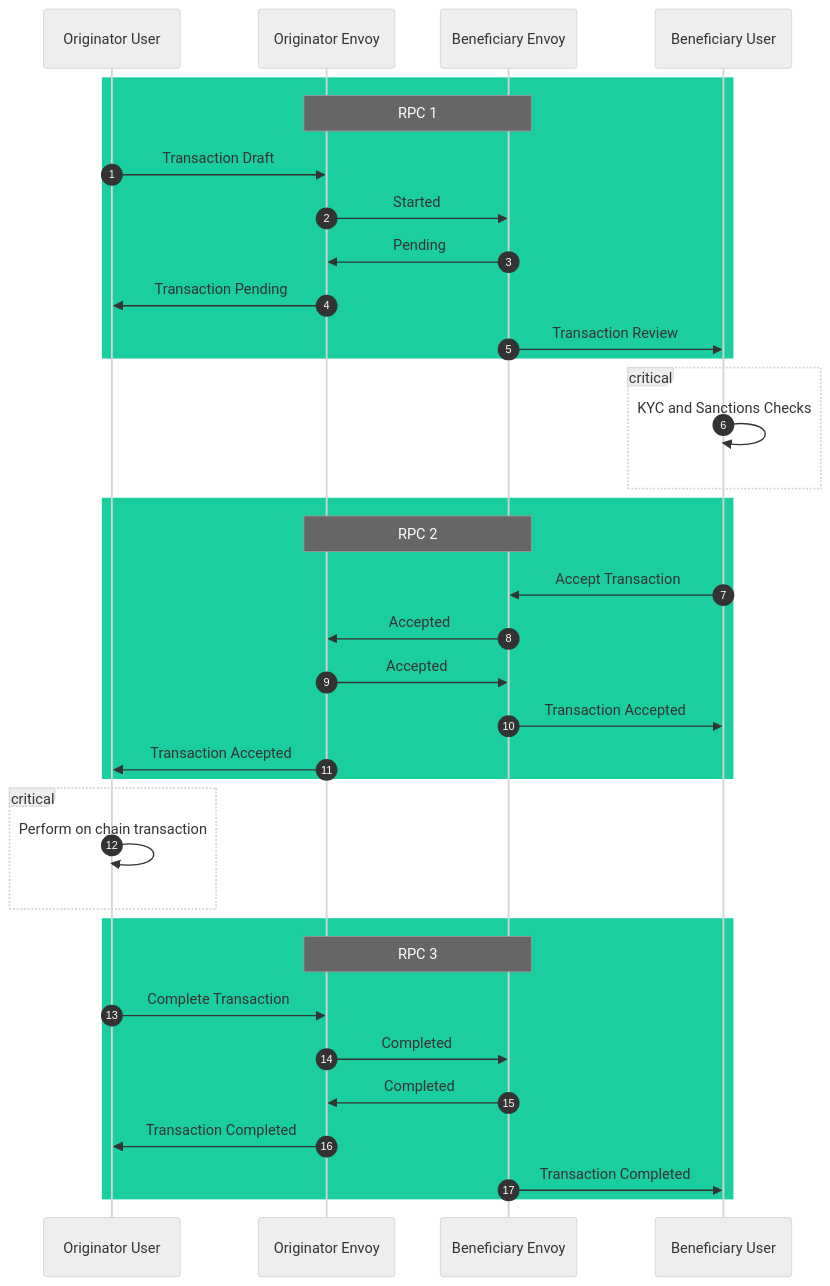
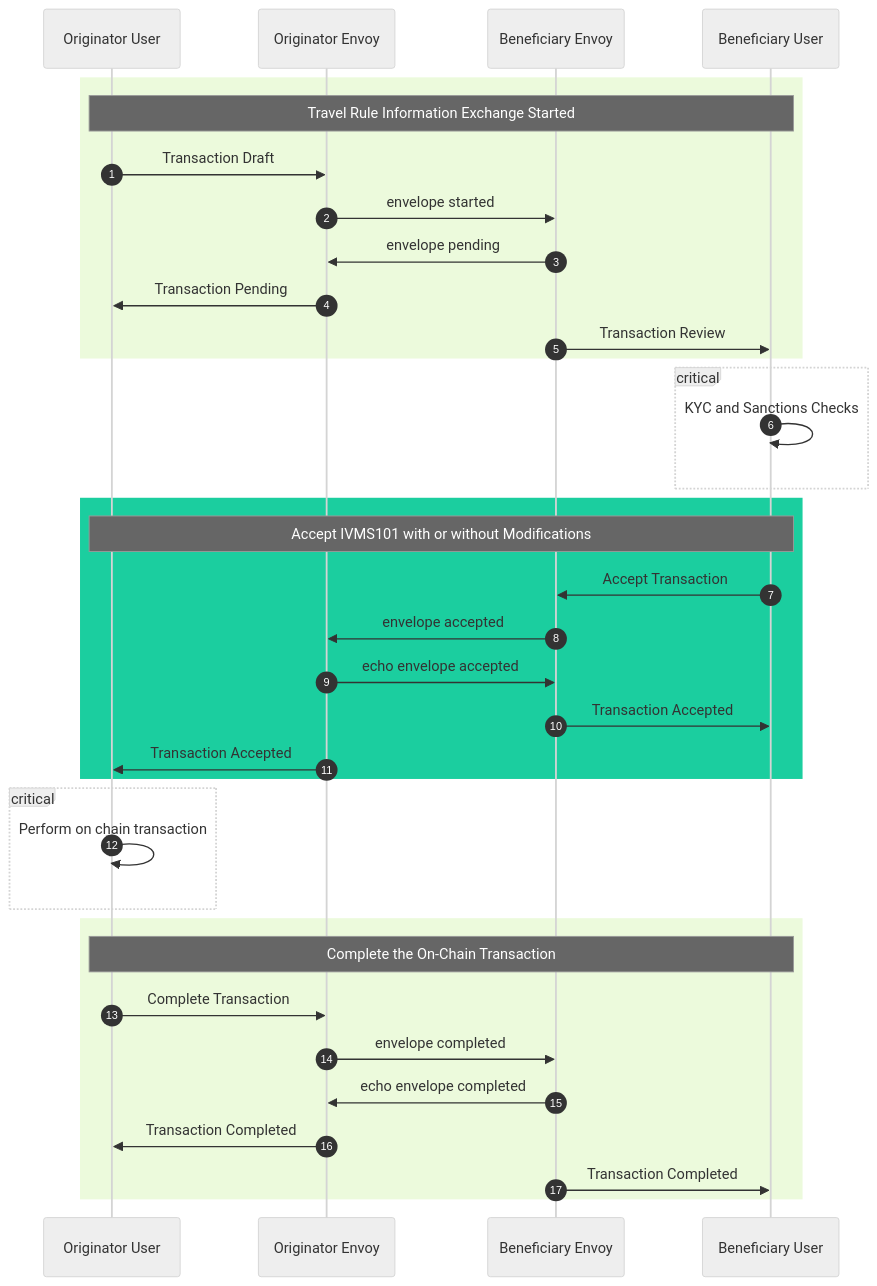
One commit to trisacrypto/trisa changed the first of 3 diagrams in docs/content/envoy/workflows.en.md. Above: the diagram before and after it, drawn with Mermaid (neutral theme). The commit also changed other lines of this file, not shown here.

````diff
--- a/docs/content/envoy/workflows.en.md
+++ b/docs/content/envoy/workflows.en.md
@@ -25,44 +25,44 @@
 ```mermaid
 sequenceDiagram
     autonumber
     participant Oc as Originator User
     participant O as Originator Envoy
     participant B as Beneficiary Envoy
     participant Bc as Beneficiary User
 
-    rect rgb(27, 206, 159 )
-        note over O,B: RPC 1
+    rect rgb(236, 250, 220)
+        note over Oc,Bc: Travel Rule Information Exchange Started
         Oc ->> O: Transaction Draft
-        O ->> B: Started
-        B ->> O: Pending
+        O ->> B: envelope started
+        B ->> O: envelope pending
         O ->> Oc: Transaction Pending
         B ->> Bc: Transaction Review
     end
 
     critical
         Bc ->> Bc: KYC and Sanctions Checks
     end
 
 
     rect rgb(27, 206, 159 )
-        note over O,B: RPC 2
+        note over Oc,Bc: Accept IVMS101 with or without Modifications
         Bc ->> B: Accept Transaction
-        B ->> O: Accepted
-        O ->> B: Accepted
+        B ->> O: envelope accepted
+        O ->> B: echo envelope accepted
         B ->> Bc: Transaction Accepted
         O ->> Oc: Transaction Accepted
     end
 
     critical
         Oc ->> Oc: Perform on chain transaction
     end
 
-    rect rgb(27, 206, 159 )
-        note over O,B: RPC 3
+    rect rgb(236, 250, 220)
+        note over Oc,Bc: Complete the On-Chain Transaction
         Oc ->> O: Complete Transaction
-        O ->> B: Completed
-        B ->> O: Completed
+        O ->> B: envelope completed
+        B ->> O: echo envelope completed
         O ->> Oc: Transaction Completed
         B ->> Bc: Transaction Completed
     end
 ```
````
